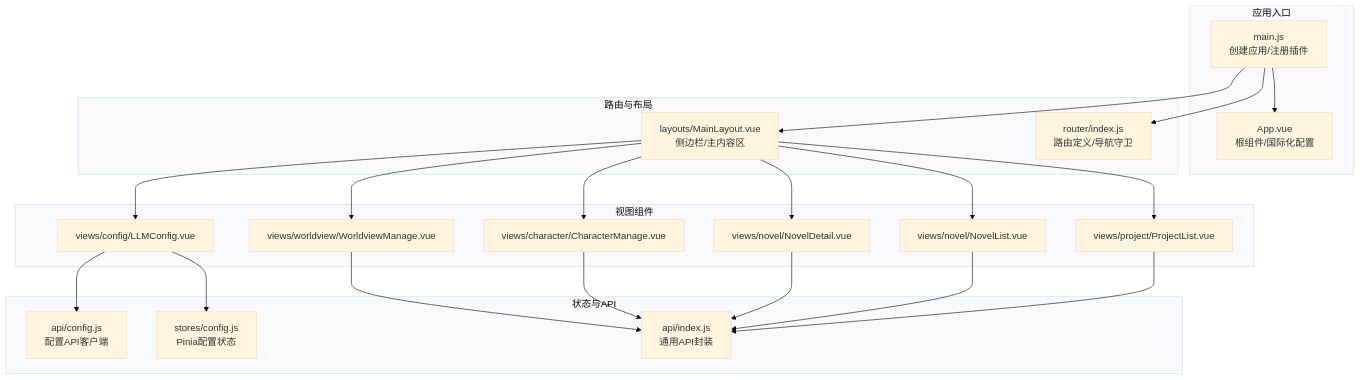
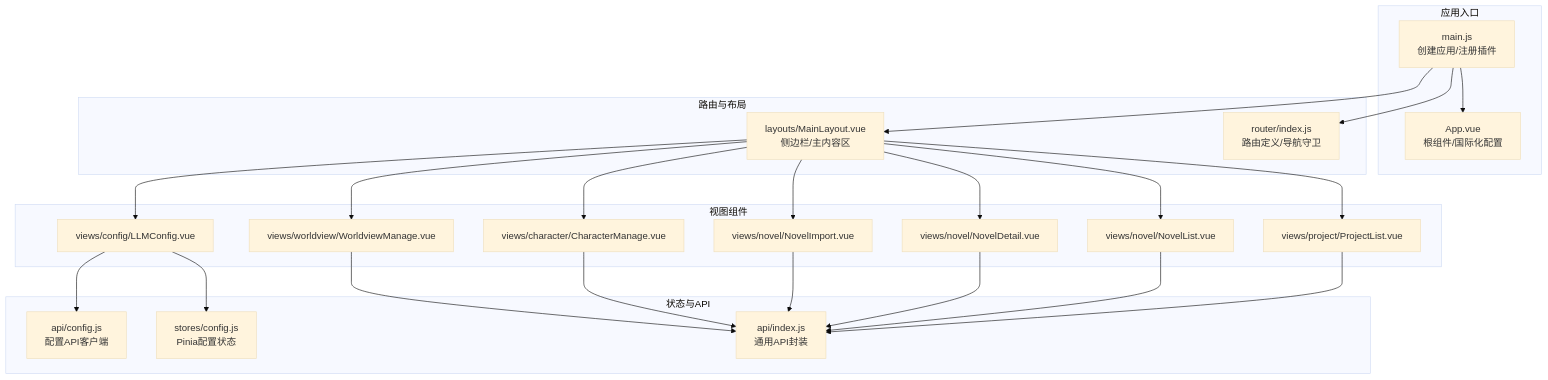
The first of 11 diagrams in .qoder/repowiki/zh/content/前端界面设计/前端界面设计.md (octsfm/InkTrace), drawn with Mermaid (base theme) before and after one commit. The commit also changed other lines of this file and 25 other files, not shown here.

````diff
--- a/.qoder/repowiki/zh/content/前端界面设计/前端界面设计.md
+++ b/.qoder/repowiki/zh/content/前端界面设计/前端界面设计.md
@@ -46,40 +47,43 @@
 ```mermaid
 graph TB
 subgraph "应用入口"
 A["main.js<br/>创建应用/注册插件"]
 B["App.vue<br/>根组件/国际化配置"]
 end
 subgraph "路由与布局"
 C["router/index.js<br/>路由定义/导航守卫"]
 D["layouts/MainLayout.vue<br/>侧边栏/主内容区"]
 end
 subgraph "视图组件"
 E["views/project/ProjectList.vue"]
 F["views/novel/NovelList.vue"]
 G["views/novel/NovelDetail.vue"]
-H["views/character/CharacterManage.vue"]
-I["views/worldview/WorldviewManage.vue"]
-J["views/config/LLMConfig.vue"]
+H["views/novel/NovelImport.vue"]
+I["views/character/CharacterManage.vue"]
+J["views/worldview/WorldviewManage.vue"]
+K["views/config/LLMConfig.vue"]
 end
 subgraph "状态与API"
-K["stores/config.js<br/>Pinia配置状态"]
-L["api/index.js<br/>通用API封装"]
-M["api/config.js<br/>配置API客户端"]
+L["stores/config.js<br/>Pinia配置状态"]
+M["api/index.js<br/>通用API封装"]
+N["api/config.js<br/>配置API客户端"]
 end
 A --> B
 A --> C
 A --> D
 D --> E
 D --> F
 D --> G
 D --> H
 D --> I
 D --> J
-J --> K
-E --> L
-F --> L
-G --> L
-H --> L
-I --> L
+D --> K
+K --> L
+E --> M
+F --> M
+G --> M
+H --> M
+I --> M
 J --> M
+K --> N
 ```
````
